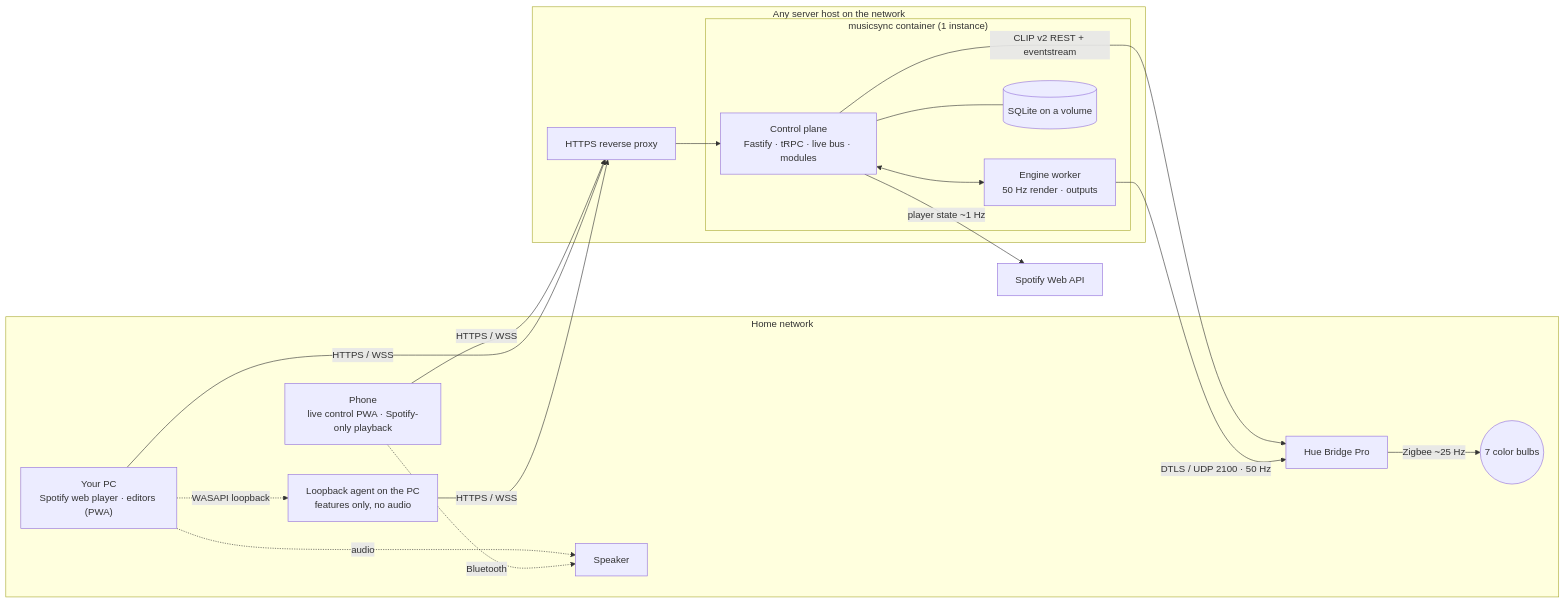
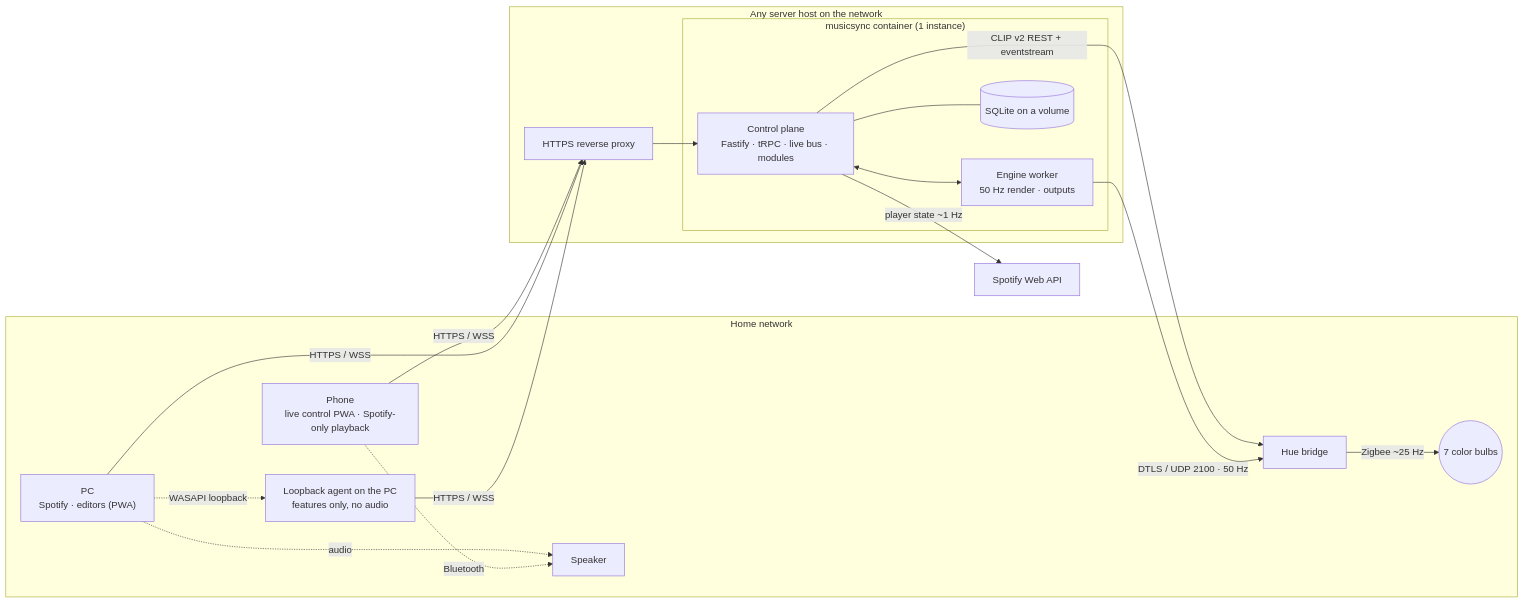
Before and after one commit to kajgm/musicsync: the first of 3 diagrams in docs/architecture.md, drawn with Mermaid. The commit also changed other lines of this file and 37 other files, not shown here.

````diff
--- a/docs/architecture.md
+++ b/docs/architecture.md
@@ -43,30 +42,30 @@
 ```mermaid
 flowchart LR
   subgraph house["Home network"]
     phone["Phone<br/>live control PWA · Spotify-only playback"]
-    pc["Your PC<br/>Spotify web player · editors (PWA)"]
+    pc["PC<br/>Spotify · editors (PWA)"]
     agent["Loopback agent on the PC<br/>features only, no audio"]
     speaker["Speaker"]
-    bridge["Hue Bridge Pro"]
+    bridge["Hue bridge"]
     lights(("7 color bulbs"))
   end
   subgraph host["Any server host on the network"]
     gw["HTTPS reverse proxy"]
     subgraph app["musicsync container (1 instance)"]
       cp["Control plane<br/>Fastify · tRPC · live bus · modules"]
       eng["Engine worker<br/>50 Hz render · outputs"]
       db[("SQLite on a volume")]
     end
   end
   spotify["Spotify Web API"]
   pc -.->|WASAPI loopback| agent
   pc -.->|audio| speaker
   phone -.->|Bluetooth| speaker
   phone & pc & agent -->|HTTPS / WSS| gw --> cp
   cp <--> eng
   cp --- db
   cp -->|player state ~1 Hz| spotify
   cp -->|CLIP v2 REST + eventstream| bridge
   eng -->|DTLS / UDP 2100 · 50 Hz| bridge
   bridge -->|Zigbee ~25 Hz| lights
 ```
````
